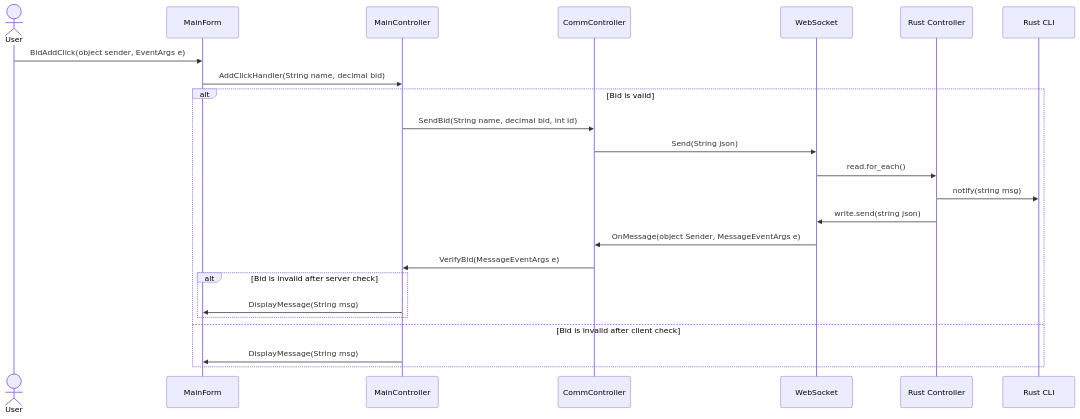
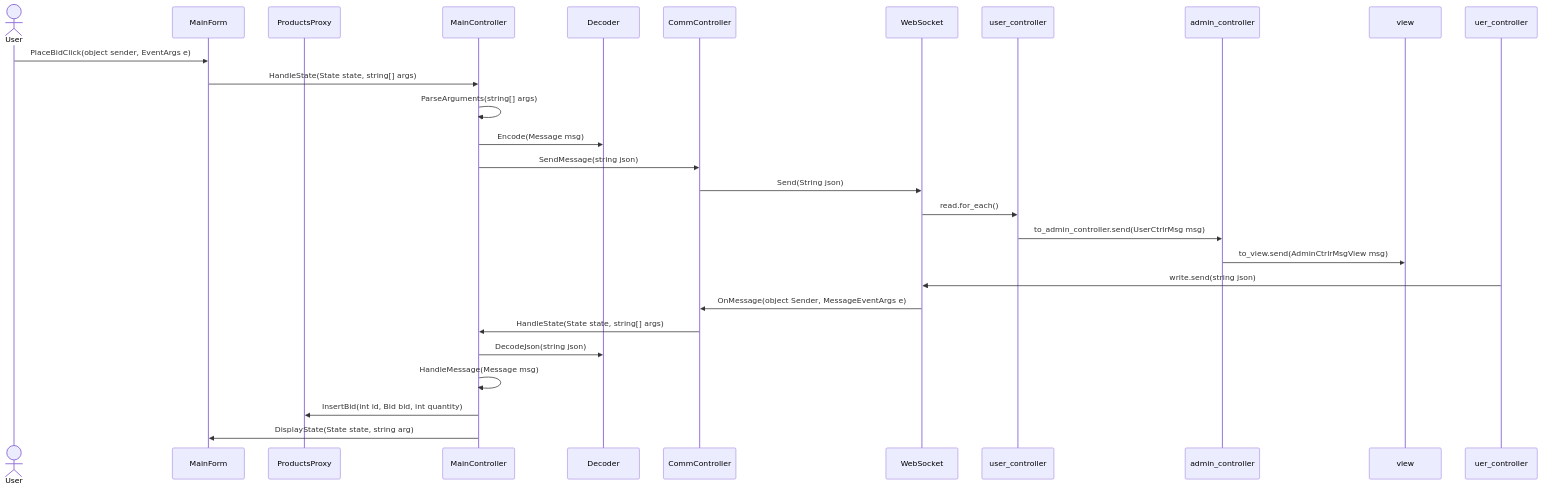
The diagram in UC2-realization.mmd (vixispellman/cis501-p4-docs), drawn with Mermaid before and after one commit. The commit also changed 2 other files, not shown here.

```diff
--- a/UC2-realization.mmd
+++ b/UC2-realization.mmd
@@ -1,26 +1,29 @@
 sequenceDiagram
 
 actor User
 participant MainForm
+participant ProductsProxy
 participant MainController
+participant Decoder
 participant CommController
 participant WebSocket
-participant controller as Rust Controller
-participant CLI as Rust CLI
+participant user_controller
+participant admin_controller
+participant view
 
-User ->> MainForm: BidAddClick(object sender, EventArgs e)
-MainForm ->> MainController: AddClickHandler(String name, decimal bid)
-alt Bid is valid
-    MainController ->> CommController: SendBid(String name, decimal bid, int id)
-    CommController ->> WebSocket: Send(String json)
-    WebSocket ->> controller: read.for_each()
-    controller ->> CLI: notify(string msg)
-    controller ->> WebSocket: write.send(string json)
-    WebSocket ->> CommController: OnMessage(object Sender, MessageEventArgs e)
-    CommController ->> MainController: VerifyBid(MessageEventArgs e)
-    alt Bid is invalid after server check
-        MainController ->> MainForm: DisplayMessage(String msg)
-    end
-else Bid is invalid after client check
-    MainController ->> MainForm: DisplayMessage(String msg)
-end 
+User ->> MainForm: PlaceBidClick(object sender, EventArgs e)
+MainForm ->> MainController: HandleState(State state, string[] args)
+MainController ->> MainController: ParseArguments(string[] args)
+MainController ->> Decoder: Encode(Message msg)
+MainController ->> CommController: SendMessage(string json)
+CommController ->> WebSocket: Send(String json)
+WebSocket ->> user_controller: read.for_each()
+user_controller ->> admin_controller: to_admin_controller.send(UserCtrlrMsg msg)
+admin_controller->> view: to_view.send(AdminCtrlrMsgView msg)
+uer_controller ->> WebSocket: write.send(string json)
+WebSocket ->> CommController: OnMessage(object Sender, MessageEventArgs e)
+CommController ->> MainController: HandleState(State state, string[] args)
+MainController ->> Decoder: DecodeJson(string json)
+MainController ->> MainController: HandleMessage(Message msg)
+MainController ->> ProductsProxy: InsertBid(int id, Bid bid, int quantity)
+MainController ->> MainForm: DisplayState(State state, string arg)
```
